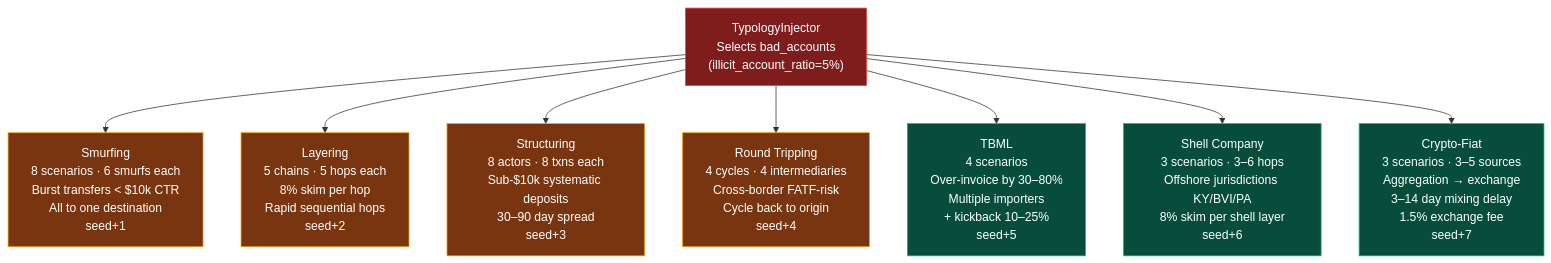
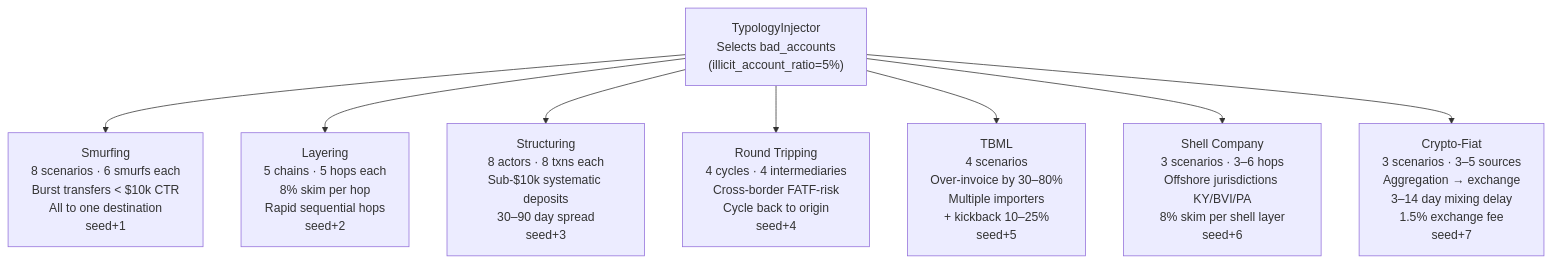
The third of 23 diagrams in README.md (gregorizeidler/AML-multiverse-simulator), drawn with Mermaid before and after one commit. The commit also changed other lines of this file, not shown here.

Commit message:
fix: remove all custom mermaid style directives incompatible with GitHub renderer

````diff
--- a/README.md
+++ b/README.md
@@ -512,20 +497,12 @@
 ```mermaid
 flowchart TD
-    style INJ fill:#7f1d1d,stroke:#ef4444,color:#fff
-    style S fill:#78350f,stroke:#f59e0b,color:#fff
-    style L fill:#78350f,stroke:#f59e0b,color:#fff
-    style ST fill:#78350f,stroke:#f59e0b,color:#fff
-    style RT fill:#78350f,stroke:#f59e0b,color:#fff
-    style TB fill:#064e3b,stroke:#10b981,color:#fff
-    style SH fill:#064e3b,stroke:#10b981,color:#fff
-    style CF fill:#064e3b,stroke:#10b981,color:#fff
 
     INJ["TypologyInjector\nSelects bad_accounts\n(illicit_account_ratio=5%)"]
     INJ --> S["Smurfing\n8 scenarios · 6 smurfs each\nBurst transfers < $10k CTR\nAll to one destination\nseed+1"]
     INJ --> L["Layering\n5 chains · 5 hops each\n8% skim per hop\nRapid sequential hops\nseed+2"]
     INJ --> ST["Structuring\n8 actors · 8 txns each\nSub-$10k systematic deposits\n30–90 day spread\nseed+3"]
     INJ --> RT["Round Tripping\n4 cycles · 4 intermediaries\nCross-border FATF-risk\nCycle back to origin\nseed+4"]
     INJ --> TB["TBML\n4 scenarios\nOver-invoice by 30–80%\nMultiple importers\n+ kickback 10–25%\nseed+5"]
     INJ --> SH["Shell Company\n3 scenarios · 3–6 hops\nOffshore jurisdictions KY/BVI/PA\n8% skim per shell layer\nseed+6"]
     INJ --> CF["Crypto-Fiat\n3 scenarios · 3–5 sources\nAggregation → exchange\n3–14 day mixing delay\n1.5% exchange fee\nseed+7"]
 ```
````
